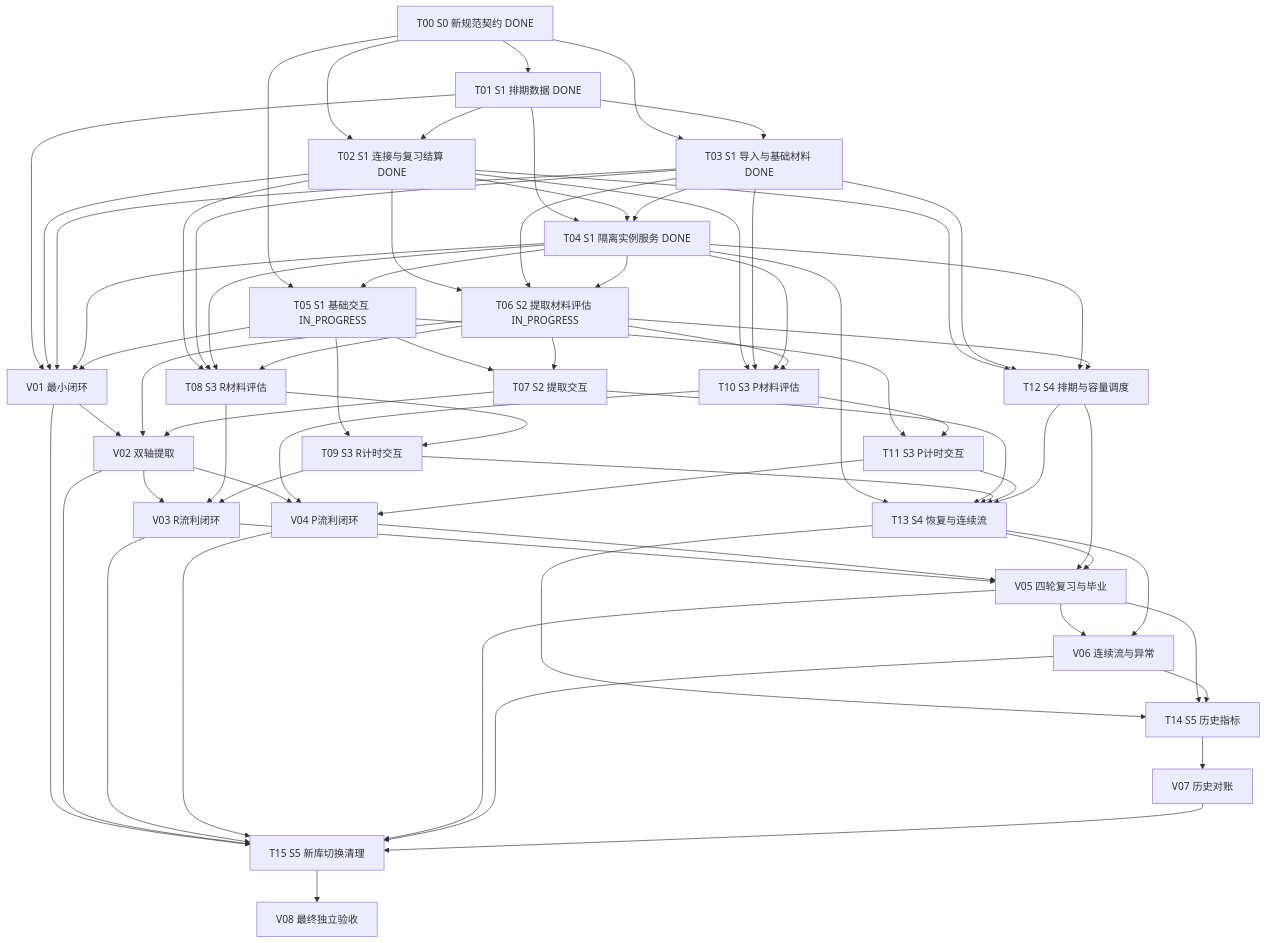
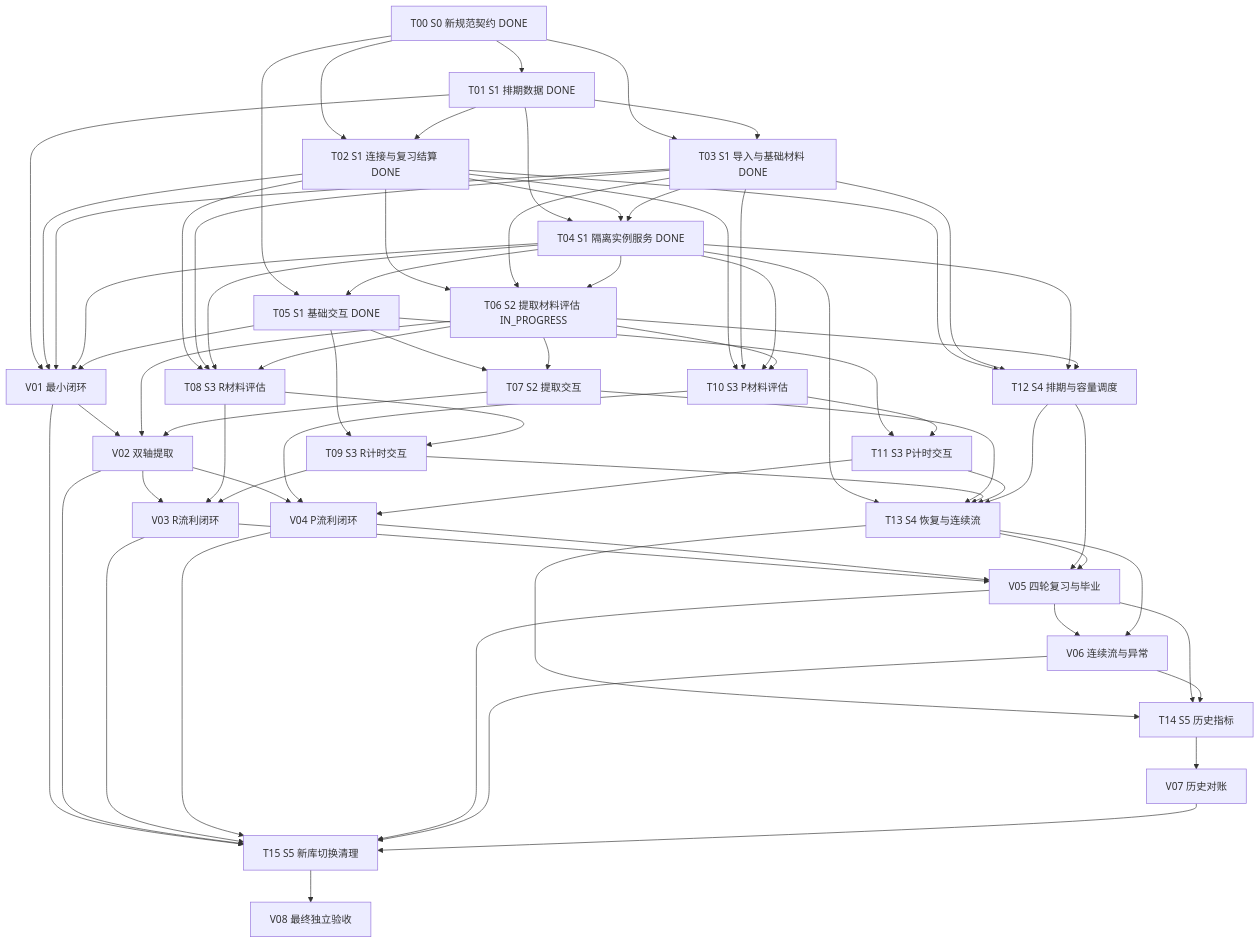
Before and after one commit to logact/flow: the diagram in docs/task-implementation-new-algorithm.md, drawn with Mermaid. The commit also changed other lines of this file and 5 other files, not shown here.

```diff
--- a/docs/task-implementation-new-algorithm.md
+++ b/docs/task-implementation-new-algorithm.md
@@ -336,7 +336,7 @@
   T02["T02 S1 连接与复习结算 DONE"]
   T03["T03 S1 导入与基础材料 DONE"]
   T04["T04 S1 隔离实例服务 DONE"]
-  T05["T05 S1 基础交互 IN_PROGRESS"]
+  T05["T05 S1 基础交互 DONE"]
   V01["V01 最小闭环"]
   T06["T06 S2 提取材料评估 IN_PROGRESS"]
   T07["T07 S2 提取交互"]
```
